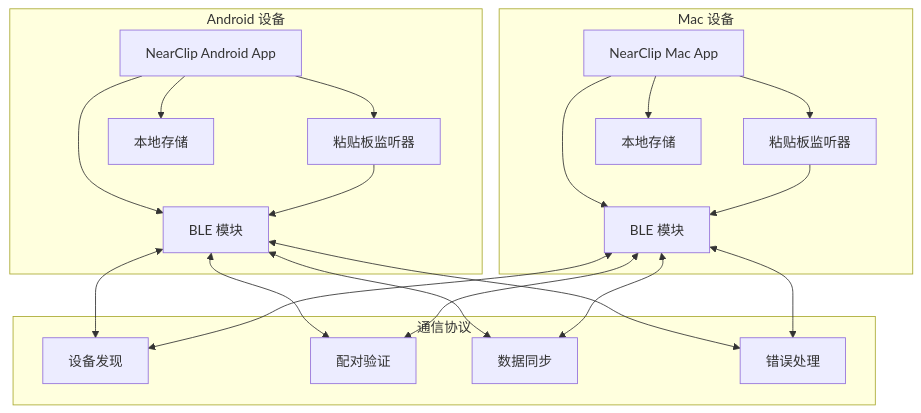
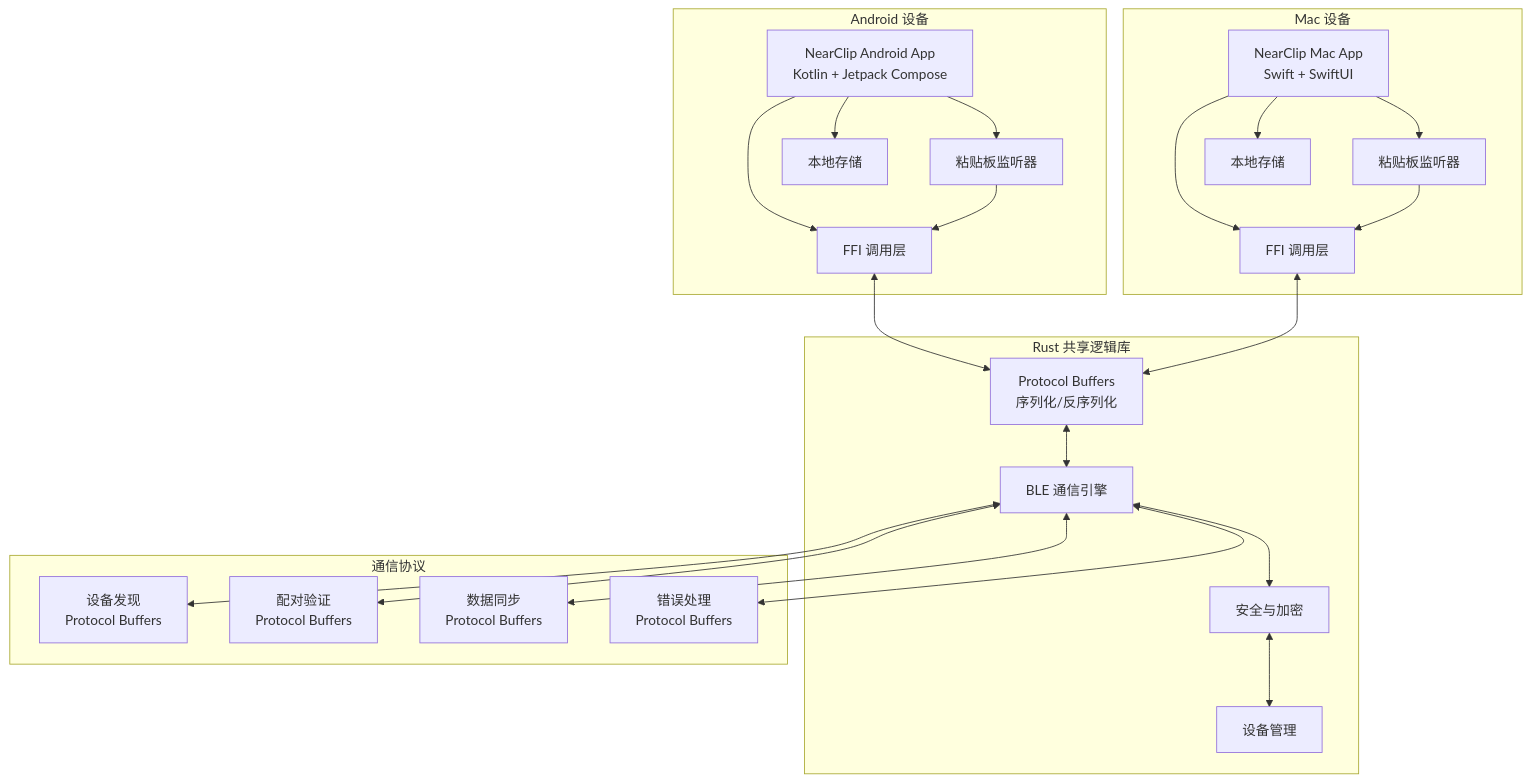
Before and after one commit to mouse9527/nearclip: the diagram in docs/architecture/high-level-architecture.md, drawn with Mermaid. The commit also changed other lines of this file and 3 other files, not shown here.

````diff
--- a/docs/architecture/high-level-architecture.md
+++ b/docs/architecture/high-level-architecture.md
@@ -21,42 +21,51 @@
 ```mermaid
 graph TD
     subgraph "Android 设备"
-        A1[NearClip Android App]
-        A2[BLE 模块]
+        A1[NearClip Android App<br/>Kotlin + Jetpack Compose]
+        A2[FFI 调用层]
         A3[粘贴板监听器]
         A4[本地存储]
     end
 
     subgraph "Mac 设备"
-        M1[NearClip Mac App]
-        M2[BLE 模块]
+        M1[NearClip Mac App<br/>Swift + SwiftUI]
+        M2[FFI 调用层]
         M3[粘贴板监听器]
         M4[本地存储]
     end
 
+    subgraph "Rust 共享逻辑库"
+        R1[Protocol Buffers<br/>序列化/反序列化]
+        R2[BLE 通信引擎]
+        R3[安全与加密]
+        R4[设备管理]
+    end
+
     subgraph "通信协议"
-        P1[设备发现]
-        P2[配对验证]
-        P3[数据同步]
-        P4[错误处理]
+        P1[设备发现<br/>Protocol Buffers]
+        P2[配对验证<br/>Protocol Buffers]
+        P3[数据同步<br/>Protocol Buffers]
+        P4[错误处理<br/>Protocol Buffers]
     end
 
     A1 --> A2
     A1 --> A3
     A1 --> A4
     M1 --> M2
     M1 --> M3
     M1 --> M4
 
-    A2 <--> P1
-    M2 <--> P1
-    A2 <--> P2
-    M2 <--> P2
-    A2 <--> P3
-    M2 <--> P3
-    A2 <--> P4
-    M2 <--> P4
+    A2 <--> R1
+    M2 <--> R1
+    R1 <--> R2
+    R2 <--> R3
+    R3 <--> R4
+
+    R2 <--> P1
+    R2 <--> P2
+    R2 <--> P3
+    R2 <--> P4
 
     A3 --> A2
     M3 --> M2
 ```
````
